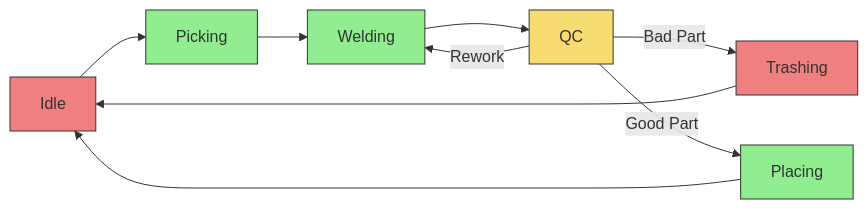
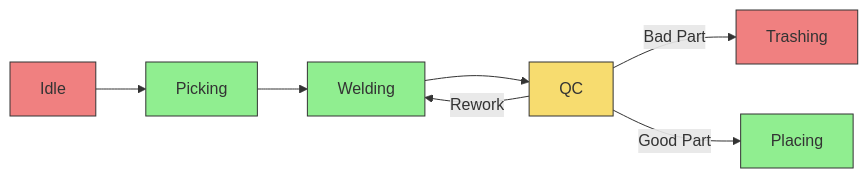
One commit to claret-srl/ROMANTIG changed the diagram in README.md. Above: the diagram before and after it, drawn with Mermaid.

````diff
--- a/README.md
+++ b/README.md
@@ -66,15 +66,15 @@
 ```mermaid
 flowchart LR
     Idle --> Picking --> Welding --> QC
     QC -- Rework --> Welding
-    QC -- Bad Part --> Trashing --> Idle
-    QC -- Good Part --> Placing --> Idle
+    QC -- Bad Part --> Trashing
+    QC -- Good Part --> Placing
 
 classDef upTime fill:lightgreen,stroke:#333,color:#333
 classDef downTime fill:LightCoral,stroke:#333,color:#333
 classDef upDownTime fill:#f7dc6f,stroke:#333,color:#333
 
 class Picking,Welding,Placing upTime
 class Idle,Trashing,Rework downTime
 class QC upDownTime
 ```
````
